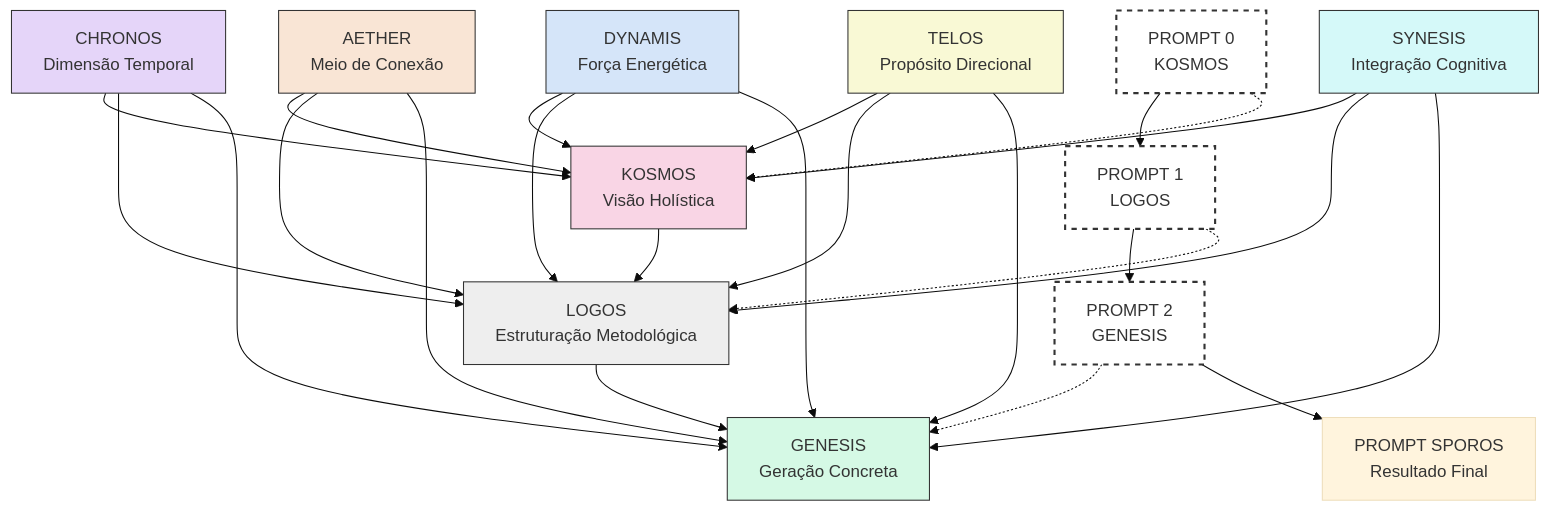
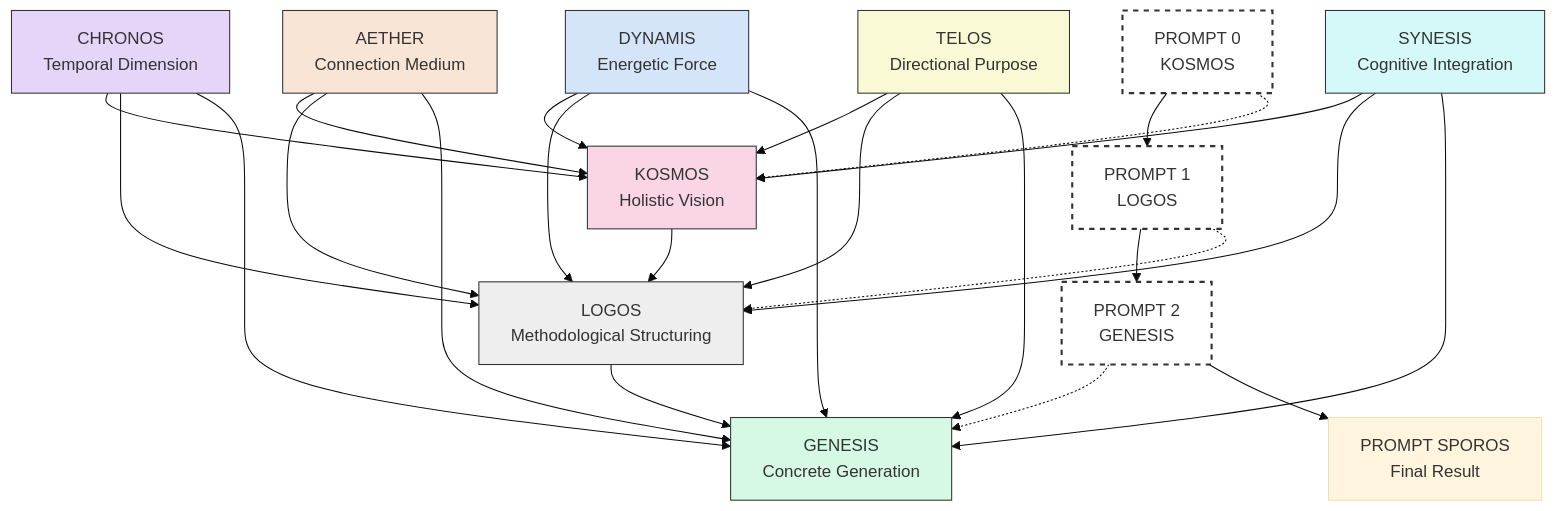
The first of 3 diagrams in visual-diagram.md (ekson73/kosmologogenesis), drawn with Mermaid (base theme) before and after one commit. The commit also changed other lines of this file and 11 other files, not shown here.

````diff
--- a/visual-diagram.md
+++ b/visual-diagram.md
@@ -5,58 +5,58 @@
 ```mermaid
 graph TD
     classDef kosmos fill:#f9d5e5,stroke:#333,stroke-width:1px
     classDef logos fill:#eeeeee,stroke:#333,stroke-width:1px
     classDef genesis fill:#d5f9e5,stroke:#333,stroke-width:1px
     classDef chronos fill:#e5d5f9,stroke:#333,stroke-width:1px
     classDef aether fill:#f9e5d5,stroke:#333,stroke-width:1px
     classDef dynamis fill:#d5e5f9,stroke:#333,stroke-width:1px
     classDef telos fill:#f9f9d5,stroke:#333,stroke-width:1px
     classDef synesis fill:#d5f9f9,stroke:#333,stroke-width:1px
     classDef prompt fill:#ffffff,stroke:#333,stroke-width:2px,stroke-dasharray: 5 5
 
-    KOSMOS[KOSMOS<br>Visão Holística] --> LOGOS[LOGOS<br>Estruturação Metodológica]
-    LOGOS --> GENESIS[GENESIS<br>Geração Concreta]
+    KOSMOS[KOSMOS<br>Holistic Vision] --> LOGOS[LOGOS<br>Methodological Structuring]
+    LOGOS --> GENESIS[GENESIS<br>Concrete Generation]
     
-    CHRONOS[CHRONOS<br>Dimensão Temporal] --> KOSMOS
+    CHRONOS[CHRONOS<br>Temporal Dimension] --> KOSMOS
     CHRONOS --> LOGOS
     CHRONOS --> GENESIS
     
-    AETHER[AETHER<br>Meio de Conexão] --> KOSMOS
+    AETHER[AETHER<br>Connection Medium] --> KOSMOS
     AETHER --> LOGOS
     AETHER --> GENESIS
     
-    DYNAMIS[DYNAMIS<br>Força Energética] --> KOSMOS
+    DYNAMIS[DYNAMIS<br>Energetic Force] --> KOSMOS
     DYNAMIS --> LOGOS
     DYNAMIS --> GENESIS
     
-    TELOS[TELOS<br>Propósito Direcional] --> KOSMOS
+    TELOS[TELOS<br>Directional Purpose] --> KOSMOS
     TELOS --> LOGOS
     TELOS --> GENESIS
     
-    SYNESIS[SYNESIS<br>Integração Cognitiva] --> KOSMOS
+    SYNESIS[SYNESIS<br>Cognitive Integration] --> KOSMOS
     SYNESIS --> LOGOS
     SYNESIS --> GENESIS
     
     PROMPT0[PROMPT 0<br>KOSMOS] --> PROMPT1[PROMPT 1<br>LOGOS]
     PROMPT1 --> PROMPT2[PROMPT 2<br>GENESIS]
     
     PROMPT0 -.-> KOSMOS
     PROMPT1 -.-> LOGOS
     PROMPT2 -.-> GENESIS
     
-    SPOROS[PROMPT SPOROS<br>Resultado Final]
+    SPOROS[PROMPT SPOROS<br>Final Result]
     
     PROMPT2 --> SPOROS
     
     class KOSMOS kosmos
     class LOGOS logos
     class GENESIS genesis
     class CHRONOS chronos
     class AETHER aether
     class DYNAMIS dynamis
     class TELOS telos
     class SYNESIS synesis
     class PROMPT0 prompt
     class PROMPT1 prompt
     class PROMPT2 prompt
 ```
````
